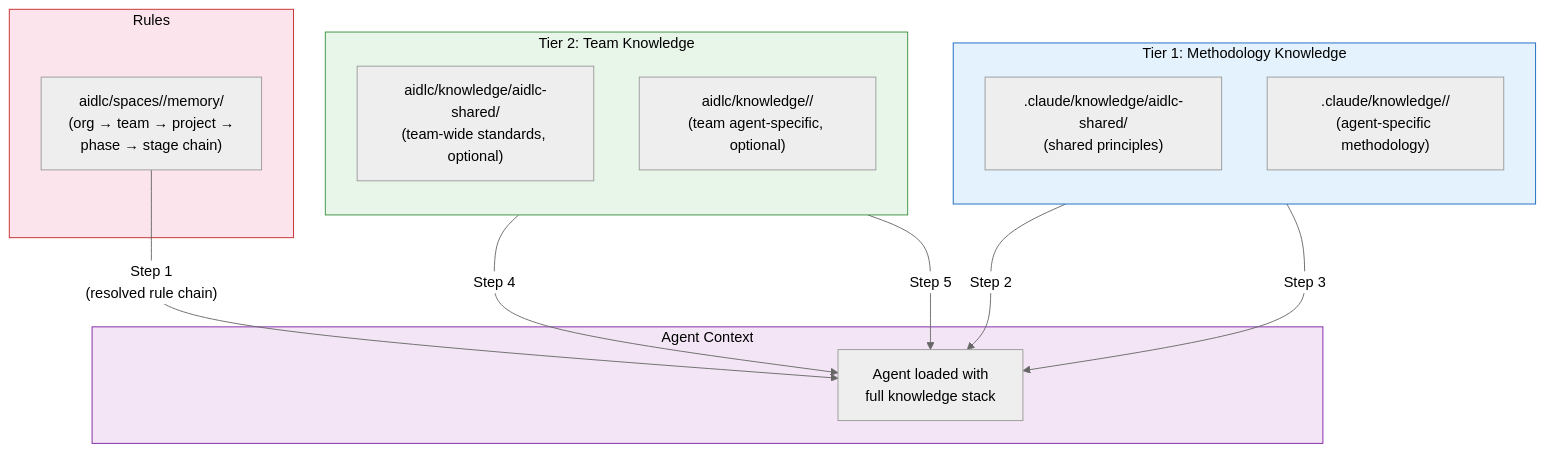
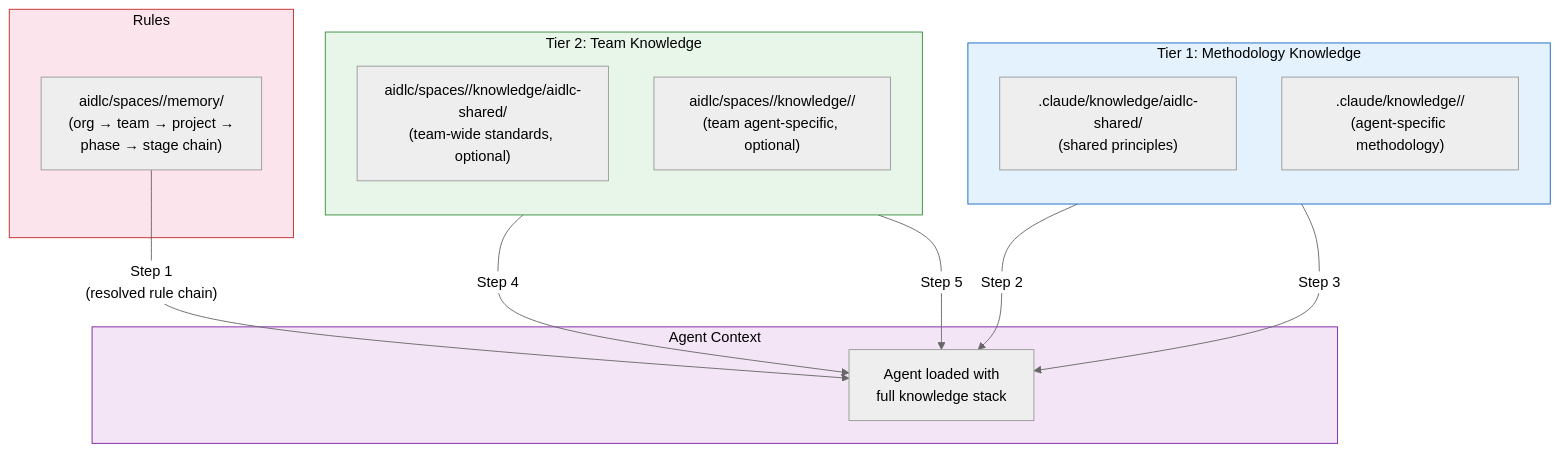
Before and after one commit to awslabs/aidlc-workflows: the first of 2 diagrams in docs/guide/08-knowledge.md, drawn with Mermaid (neutral theme). The commit also changed other lines of this file and 4 other files, not shown here.

First line of the commit message:
docs(guide): the scope summaries, the add-a-stage choice, the team knowledge paths and the stand-aside line say what the product does

````diff
--- a/docs/guide/08-knowledge.md
+++ b/docs/guide/08-knowledge.md
@@ -9,33 +9,33 @@
 ```mermaid
 flowchart TD
     subgraph TIER1["Tier 1: Methodology Knowledge"]
         direction TB
         MK_SHARED[".claude/knowledge/aidlc-shared/\n(shared principles)"]
         MK_AGENT[".claude/knowledge/<agent>/\n(agent-specific methodology)"]
     end
 
     subgraph TIER2["Tier 2: Team Knowledge"]
         direction TB
-        TK_SHARED["aidlc/knowledge/aidlc-shared/\n(team-wide standards, optional)"]
-        TK_AGENT["aidlc/knowledge/<agent>/\n(team agent-specific, optional)"]
+        TK_SHARED["aidlc/spaces/<active-space>/knowledge/aidlc-shared/\n(team-wide standards, optional)"]
+        TK_AGENT["aidlc/spaces/<active-space>/knowledge/<agent>/\n(team agent-specific, optional)"]
     end
 
     subgraph RULES["Rules"]
         GR["aidlc/spaces/<active-space>/memory/\n(org → team → project →\nphase → stage chain)"]
     end
 
     subgraph CONTEXT["Agent Context"]
         AC["Agent loaded with\nfull knowledge stack"]
     end
 
     GR -->|"Step 1\n(resolved rule chain)"| AC
     MK_SHARED -->|"Step 2"| AC
     MK_AGENT -->|"Step 3"| AC
     TK_SHARED -->|"Step 4"| AC
     TK_AGENT -->|"Step 5"| AC
 
     style TIER1 fill:#e3f2fd,stroke:#1565c0,color:#000
     style TIER2 fill:#e8f5e9,stroke:#388e3c,color:#000
     style RULES fill:#fce4ec,stroke:#c62828,color:#000
     style CONTEXT fill:#f3e5f5,stroke:#7b1fa2,color:#000
 ```
````
